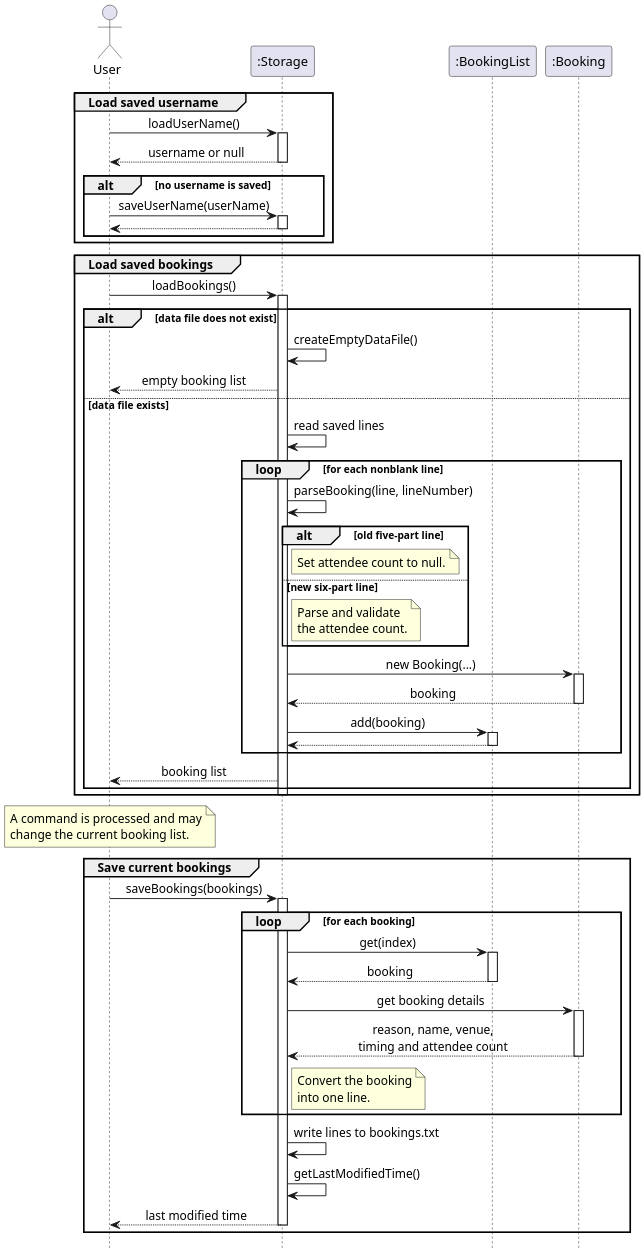
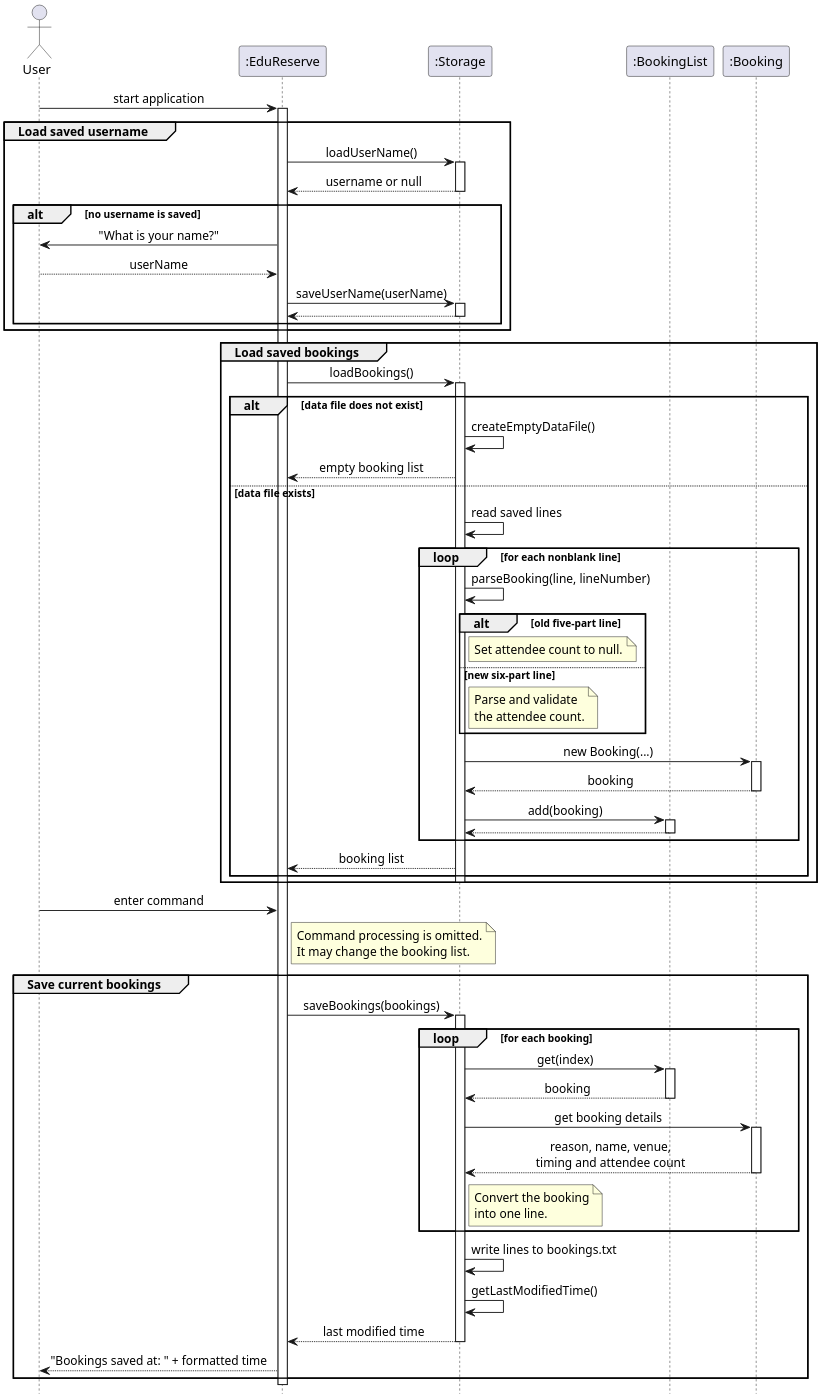
Before and after one commit to AY2627S1-CS2113-W14-2/tp: the diagram in docs/UMLDiagrams/StorageSequenceDiagram.puml, drawn with PlantUML. The commit also changed 2 other files, not shown here.

Commit message:
Fix storage sequence diagram

```diff
--- a/docs/UMLDiagrams/StorageSequenceDiagram.puml
+++ b/docs/UMLDiagrams/StorageSequenceDiagram.puml
@@ -1,100 +1,111 @@
 @startuml
 scale 2
 skinparam sequenceMessageAlign center
 hide footbox
 
 actor User
+participant ":EduReserve" as App
 participant ":Storage" as Storage
 participant ":BookingList" as Bookings
 participant ":Booking" as Booking
 
 
+User -> App: start application
+activate App
+
 group Load saved username
-    User -> Storage: loadUserName()
+    App -> Storage: loadUserName()
     activate Storage
 
-    Storage --> User: username or null
+    Storage --> App: username or null
     deactivate Storage
 
     alt no username is saved
-        User -> Storage: saveUserName(userName)
+        App -> User: "What is your name?"
+        User --> App: userName
+
+        App -> Storage: saveUserName(userName)
         activate Storage
-        Storage --> User
+        Storage --> App
         deactivate Storage
     end
 end
 
 group Load saved bookings
-    User -> Storage: loadBookings()
+    App -> Storage: loadBookings()
     activate Storage
 
     alt data file does not exist
         Storage -> Storage: createEmptyDataFile()
-        Storage --> User: empty booking list
+        Storage --> App: empty booking list
     else data file exists
         Storage -> Storage: read saved lines
 
         loop for each nonblank line
             Storage -> Storage: parseBooking(line, lineNumber)
 
             alt old five-part line
                 note right of Storage
                     Set attendee count to null.
                 end note
             else new six-part line
                 note right of Storage
                     Parse and validate
                     the attendee count.
                 end note
             end
 
             Storage -> Booking: new Booking(...)
             activate Booking
             Booking --> Storage: booking
             deactivate Booking
 
             Storage -> Bookings: add(booking)
             activate Bookings
             Bookings --> Storage
             deactivate Bookings
         end
 
-        Storage --> User: booking list
+        Storage --> App: booking list
     end
 
     deactivate Storage
 end
 
-note over User
-    A command is processed and may
-    change the current booking list.
+User -> App: enter command
+note right of App
+    Command processing is omitted.
+    It may change the booking list.
 end note
 
 group Save current bookings
-    User -> Storage: saveBookings(bookings)
+    App -> Storage: saveBookings(bookings)
     activate Storage
 
     loop for each booking
         Storage -> Bookings: get(index)
         activate Bookings
         Bookings --> Storage: booking
         deactivate Bookings
 
         Storage -> Booking: get booking details
         activate Booking
         Booking --> Storage: reason, name, venue,\ntiming and attendee count
         deactivate Booking
 
         note right of Storage
             Convert the booking
             into one line.
         end note
     end
 
     Storage -> Storage: write lines to bookings.txt
     Storage -> Storage: getLastModifiedTime()
-    Storage --> User: last modified time
+    Storage --> App: last modified time
     deactivate Storage
+
+    App --> User: "Bookings saved at: " + formatted time
 end
 
+deactivate App
 @enduml
```
